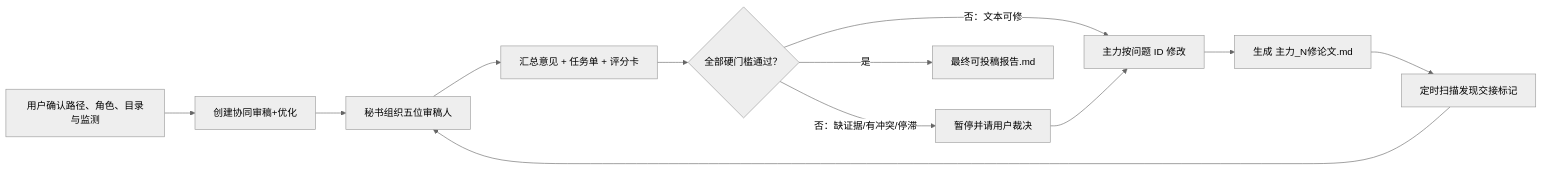
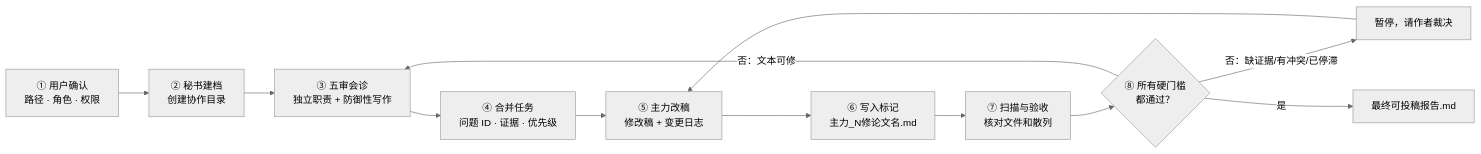
The diagram in README.md (siyunhao2025-beep/bridge-paper-review), drawn with Mermaid (neutral theme) before and after one commit. The commit also changed other lines of this file, not shown here.

````diff
--- a/README.md
+++ b/README.md
@@ -49,14 +120,14 @@
 ```mermaid
 flowchart LR
-    U["用户确认路径、角色、目录与监测"] --> I["创建协同审稿+优化"]
-    I --> S["秘书组织五位审稿人"]
-    S --> C["汇总意见 + 任务单 + 评分卡"]
-    C --> G{"全部硬门槛通过？"}
-    G -- "否：文本可修" --> L["主力按问题 ID 修改"]
-    L --> M["生成 主力_N修论文.md"]
-    M --> W["定时扫描发现交接标记"]
-    W --> S
-    G -- "否：缺证据/有冲突/停滞" --> A["暂停并请用户裁决"]
-    A --> L
-    G -- "是" --> F["最终可投稿报告.md"]
+    A["① 用户确认<br/>路径 · 角色 · 权限"] --> B["② 秘书建档<br/>创建协作目录"]
+    B --> C["③ 五审会诊<br/>独立职责 + 防御性写作"]
+    C --> D["④ 合并任务<br/>问题 ID · 证据 · 优先级"]
+    D --> E["⑤ 主力改稿<br/>修改稿 + 变更日志"]
+    E --> F["⑥ 写入标记<br/>主力_N修论文名.md"]
+    F --> G["⑦ 扫描与验收<br/>核对文件和散列"]
+    G --> H{"⑧ 所有硬门槛<br/>都通过？"}
+    H -- "否：文本可修" --> C
+    H -- "否：缺证据/有冲突/已停滞" --> I["暂停，请作者裁决"]
+    I --> E
+    H -- "是" --> J["最终可投稿报告.md"]
 ```
````
